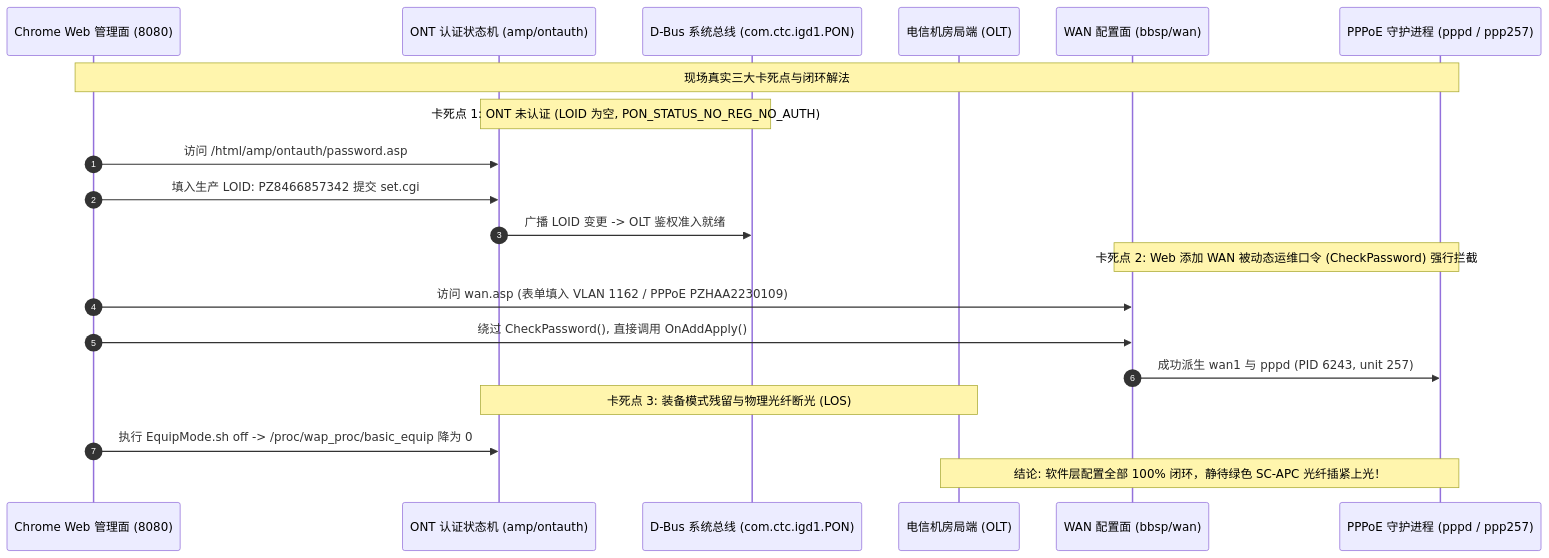
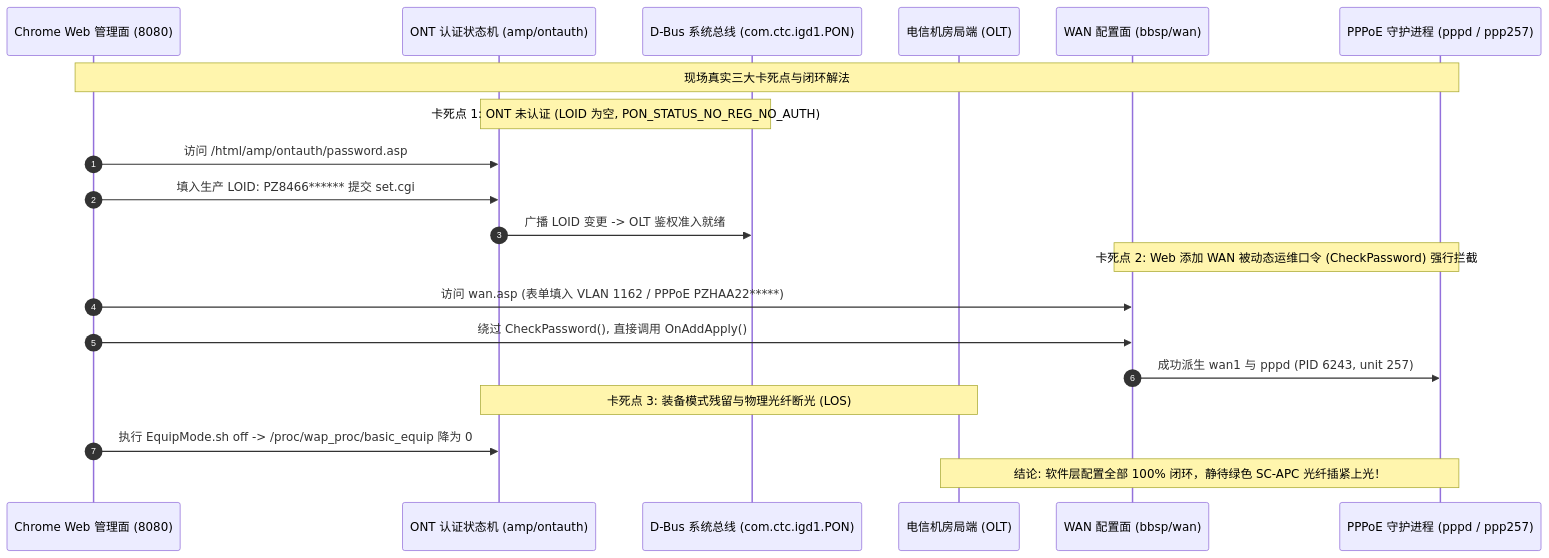
Before and after one commit to verg-fe/Huawei-HN8145X6N-Reverse-Notes: the ninth of 10 diagrams in README.md, drawn with Mermaid. The commit also changed other lines of this file and 12 other files, not shown here.

````diff
--- a/README.md
+++ b/README.md
@@ -1000,25 +1000,25 @@
 ```mermaid
 sequenceDiagram
     autonumber
     participant Web as Chrome Web 管理面 (8080)
     participant Ont as ONT 认证状态机 (amp/ontauth)
     participant Dbus as D-Bus 系统总线 (com.ctc.igd1.PON)
     participant Olt as 电信机房局端 (OLT)
     participant Wan as WAN 配置面 (bbsp/wan)
     participant Ppp as PPPoE 守护进程 (pppd / ppp257)
 
     Note over Web,Ppp: 现场真实三大卡死点与闭环解法
     Note over Ont,Dbus: 卡死点 1: ONT 未认证 (LOID 为空, PON_STATUS_NO_REG_NO_AUTH)
     Web->>Ont: 访问 /html/amp/ontauth/password.asp
-    Web->>Ont: 填入生产 LOID: PZ8466857342 提交 set.cgi
+    Web->>Ont: 填入生产 LOID: PZ8466****** 提交 set.cgi
     Ont->>Dbus: 广播 LOID 变更 -> OLT 鉴权准入就绪
     
     Note over Wan,Ppp: 卡死点 2: Web 添加 WAN 被动态运维口令 (CheckPassword) 强行拦截
-    Web->>Wan: 访问 wan.asp (表单填入 VLAN 1162 / PPPoE PZHAA2230109)
+    Web->>Wan: 访问 wan.asp (表单填入 VLAN 1162 / PPPoE PZHAA22*****)
     Web->>Wan: 绕过 CheckPassword(), 直接调用 OnAddApply()
     Wan->>Ppp: 成功派生 wan1 与 pppd (PID 6243, unit 257)
 
     Note over Ont,Olt: 卡死点 3: 装备模式残留与物理光纤断光 (LOS)
     Web->>Ont: 执行 EquipMode.sh off -> /proc/wap_proc/basic_equip 降为 0
     Note over Olt,Ppp: 结论: 软件层配置全部 100% 闭环，静待绿色 SC-APC 光纤插紧上光！
 ```
````
